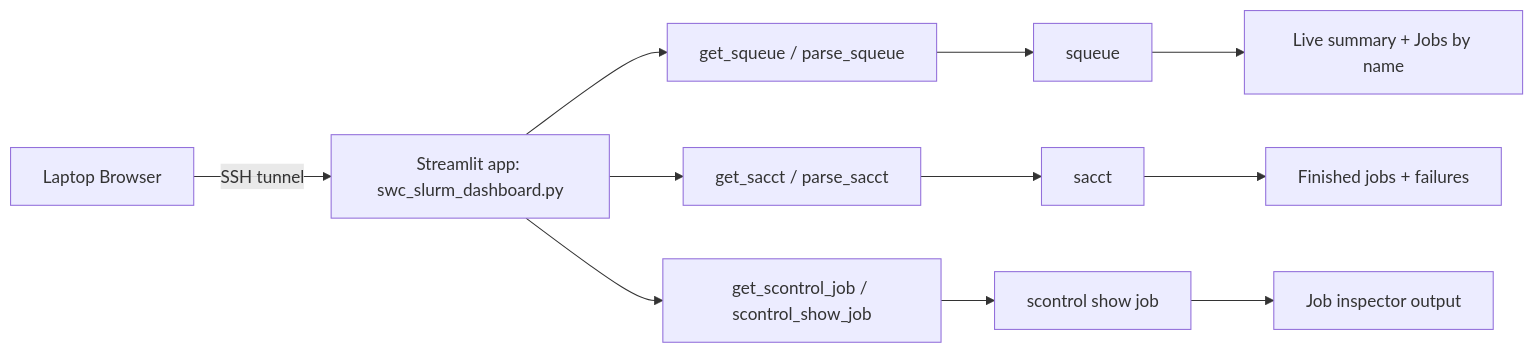
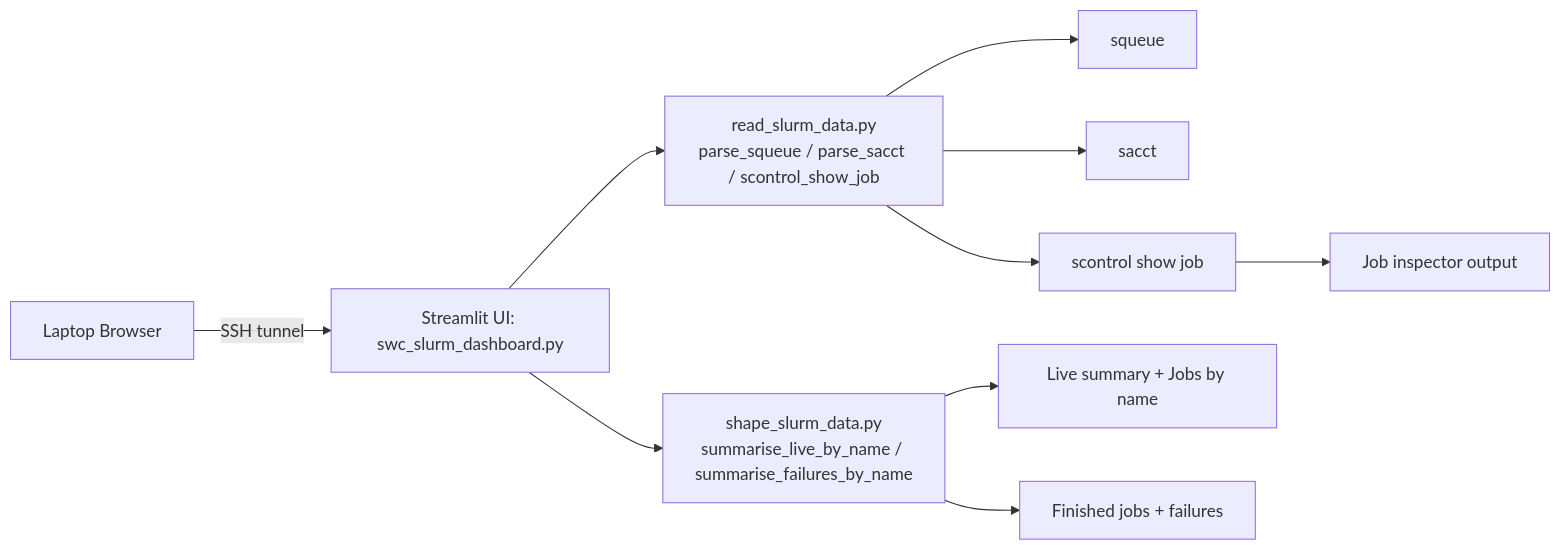
One commit to LIMLabSWC/slurm_dashboard changed the diagram in ARCHITECTURE.md. Above: the diagram before and after it, drawn with Mermaid. The commit also changed other lines of this file and 4 other files, not shown here.

First line of the commit message:
Refactor into read/shape/view modules and update docs and UI

````diff
--- a/ARCHITECTURE.md
+++ b/ARCHITECTURE.md
@@ -23,13 +31,16 @@
 ```mermaid
 flowchart LR
-    A[Laptop Browser] -->|SSH tunnel| B[Streamlit app: swc_slurm_dashboard.py]
-    B --> C[get_squeue / parse_squeue]
-    B --> D[get_sacct / parse_sacct]
-    B --> E[get_scontrol_job / scontrol_show_job]
+    A[Laptop Browser] -->|SSH tunnel| B[Streamlit UI: swc_slurm_dashboard.py]
+
+    B --> C[read_slurm_data.py<br/>parse_squeue / parse_sacct / scontrol_show_job]
+    B --> D[shape_slurm_data.py<br/>summarise_live_by_name / summarise_failures_by_name]
+
     C --> F[squeue]
-    D --> G[sacct]
-    E --> H[scontrol show job]
-    F --> I[Live summary + Jobs by name]
-    G --> J[Finished jobs + failures]
+    C --> G[sacct]
+    C --> H[scontrol show job]
+
+    D --> I[Live summary + Jobs by name]
+    D --> J[Finished jobs + failures]
+
     H --> K[Job inspector output]
 ```
````
